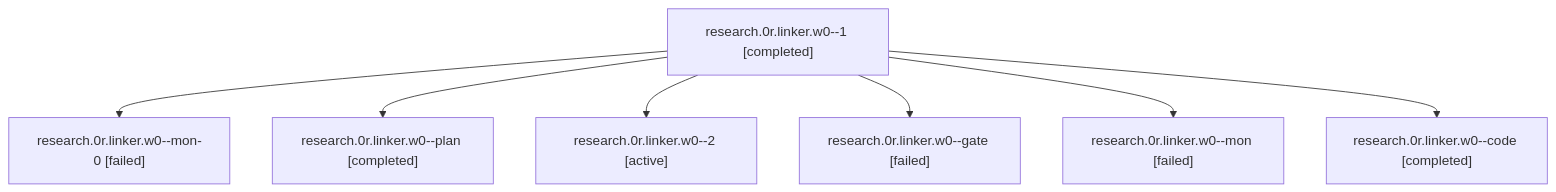
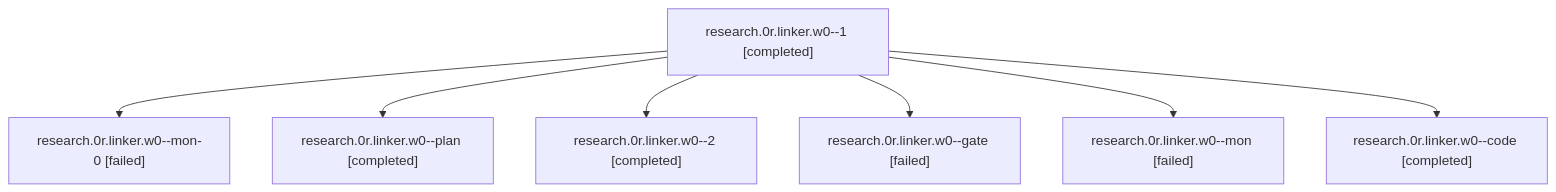
One commit to sase-org/sase--agents changed the diagram in sessions/bbugyi200.apollo.research.0r.linker.w0.md. Above: the diagram before and after it, drawn with Mermaid. The commit also changed other lines of this file and 512 other files, not shown here.

````diff
--- a/sessions/bbugyi200.apollo.research.0r.linker.w0.md
+++ b/sessions/bbugyi200.apollo.research.0r.linker.w0.md
@@ -9,16 +9,16 @@
 ```mermaid
 flowchart TD
   n0["research.0r.linker.w0--1 [completed]"]
   n1["research.0r.linker.w0--mon-0 [failed]"]
   n0 --> n1
   n2["research.0r.linker.w0--plan [completed]"]
   n0 --> n2
-  n3["research.0r.linker.w0--2 [active]"]
+  n3["research.0r.linker.w0--2 [completed]"]
   n0 --> n3
   n4["research.0r.linker.w0--gate [failed]"]
   n0 --> n4
   n5["research.0r.linker.w0--mon [failed]"]
   n0 --> n5
   n6["research.0r.linker.w0--code [completed]"]
   n0 --> n6
 ```
````
